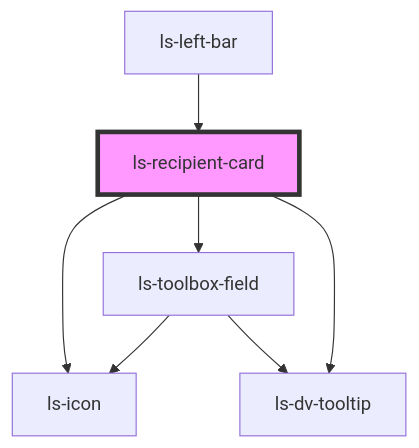
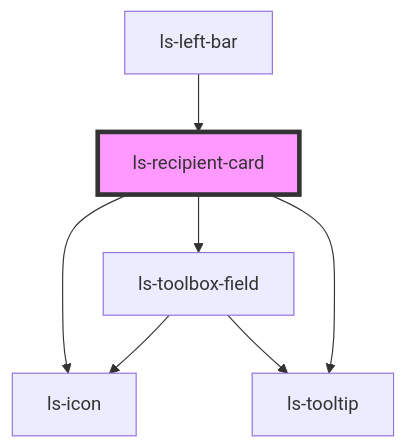
One commit to legalesign/ls-document-viewer changed the diagram in src/components/ls-recipient-card/readme.md. Above: the diagram before and after it, drawn with Mermaid. The commit also changed other lines of this file and 52 other files, not shown here.

````diff
--- a/src/components/ls-recipient-card/readme.md
+++ b/src/components/ls-recipient-card/readme.md
@@ -41,10 +41,10 @@
 ```mermaid
 graph TD;
   ls-recipient-card --> ls-icon
   ls-recipient-card --> ls-toolbox-field
-  ls-recipient-card --> ls-dv-tooltip
+  ls-recipient-card --> ls-tooltip
   ls-toolbox-field --> ls-icon
-  ls-toolbox-field --> ls-dv-tooltip
+  ls-toolbox-field --> ls-tooltip
   ls-left-bar --> ls-recipient-card
   style ls-recipient-card fill:#f9f,stroke:#333,stroke-width:4px
 ```
````
